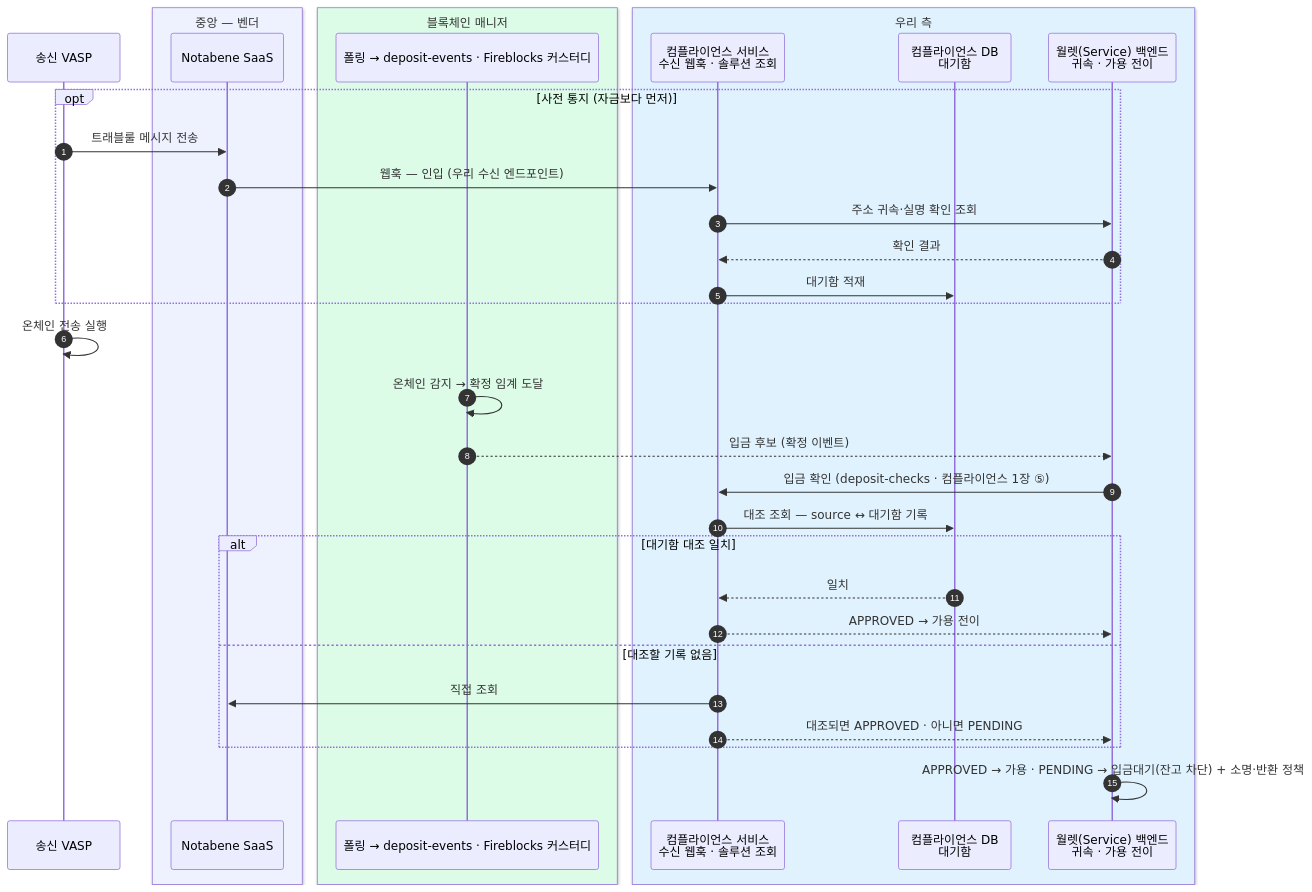
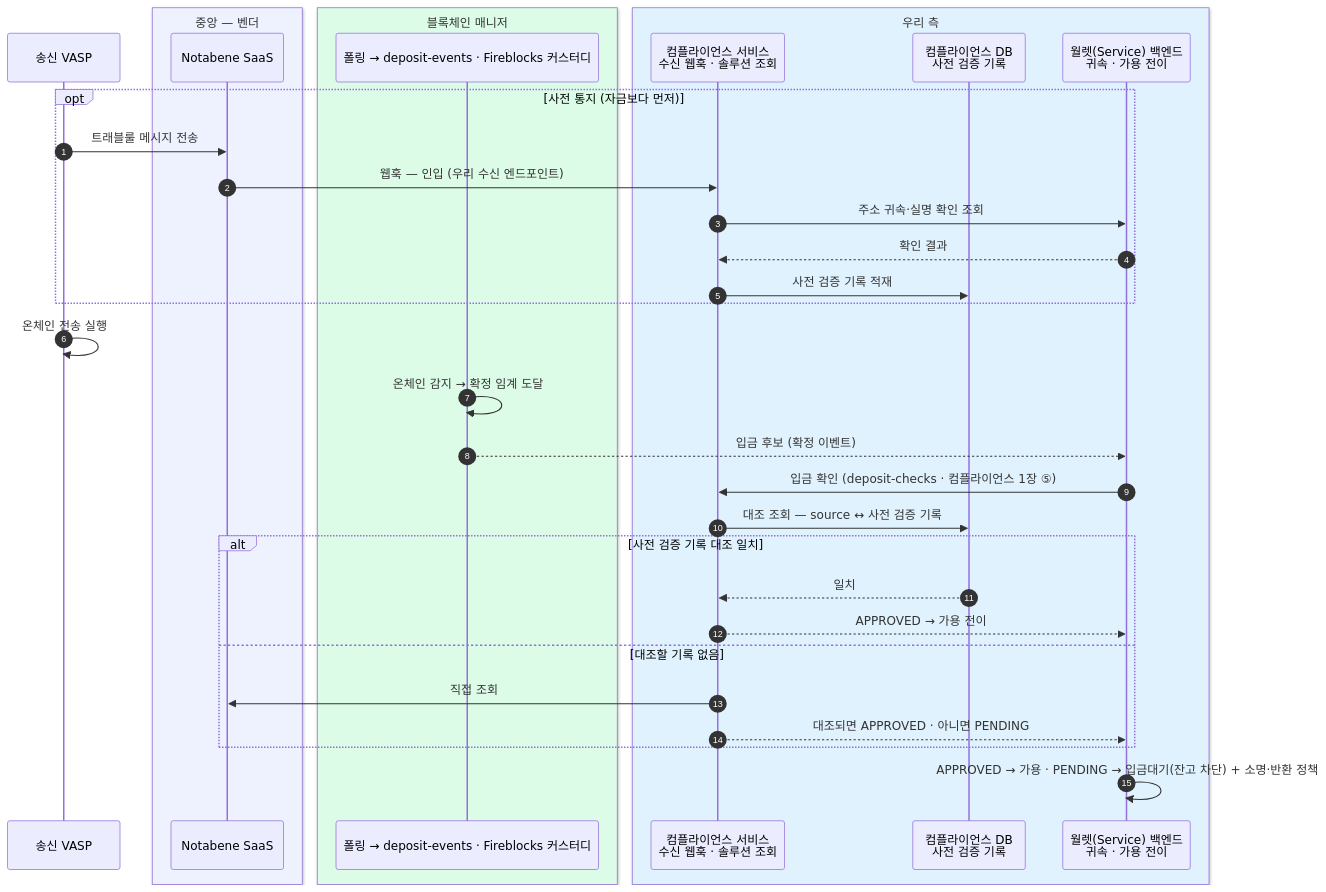
Before and after one commit to eunsujeo/eunpus: the seventh of 11 diagrams in blockchain-manager/docs/트래블룰/설계/07-scenarios.md, drawn with Mermaid. The commit also changed other lines of this file and 23 other files, not shown here.

````diff
--- a/blockchain-manager/docs/트래블룰/설계/07-scenarios.md
+++ b/blockchain-manager/docs/트래블룰/설계/07-scenarios.md
@@ -319,37 +315,37 @@
 ```mermaid
 sequenceDiagram
     autonumber
     participant SV as 송신 VASP
     box rgb(238,242,255) 중앙 — 벤더
     participant NB as Notabene SaaS
     end
     box rgb(220,252,231) 블록체인 매니저
     participant BM as 폴링 → deposit-events · Fireblocks 커스터디
     end
     box rgb(224,242,254) 우리 측
     participant GT as 컴플라이언스 서비스<br/>수신 웹훅 · 솔루션 조회
-    participant WQ as 컴플라이언스 DB<br/>대기함
+    participant WQ as 컴플라이언스 DB<br/>사전 검증 기록
     participant BE as 월렛(Service) 백엔드<br/>귀속 · 가용 전이
     end
 
     opt 사전 통지 (자금보다 먼저)
         SV->>NB: 트래블룰 메시지 전송
         NB->>GT: 웹훅 — 인입 (우리 수신 엔드포인트)
         GT->>BE: 주소 귀속·실명 확인 조회
         BE-->>GT: 확인 결과
-        GT->>WQ: 대기함 적재
+        GT->>WQ: 사전 검증 기록 적재
     end
     SV->>SV: 온체인 전송 실행
     BM->>BM: 온체인 감지 → 확정 임계 도달
     BM-->>BE: 입금 후보 (확정 이벤트)
     BE->>GT: 입금 확인 (deposit-checks · 컴플라이언스 1장 ⑤)
-    GT->>WQ: 대조 조회 — source ↔ 대기함 기록
-    alt 대기함 대조 일치
+    GT->>WQ: 대조 조회 — source ↔ 사전 검증 기록
+    alt 사전 검증 기록 대조 일치
         WQ-->>GT: 일치
         GT-->>BE: APPROVED → 가용 전이
     else 대조할 기록 없음
         GT->>NB: 직접 조회
         GT-->>BE: 대조되면 APPROVED · 아니면 PENDING
     end
     BE->>BE: APPROVED → 가용 · PENDING → 입금대기(잔고 차단) + 소명·반환 정책
 ```
````
